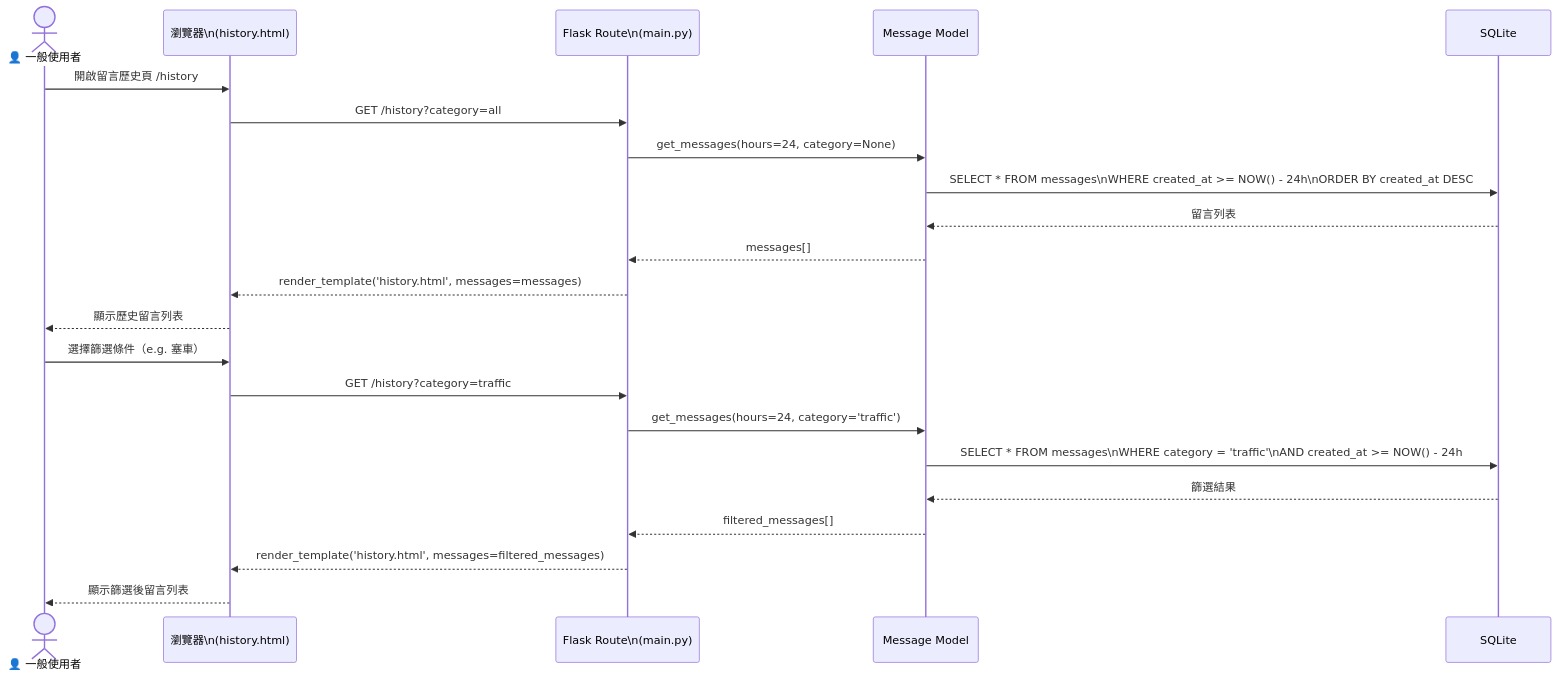
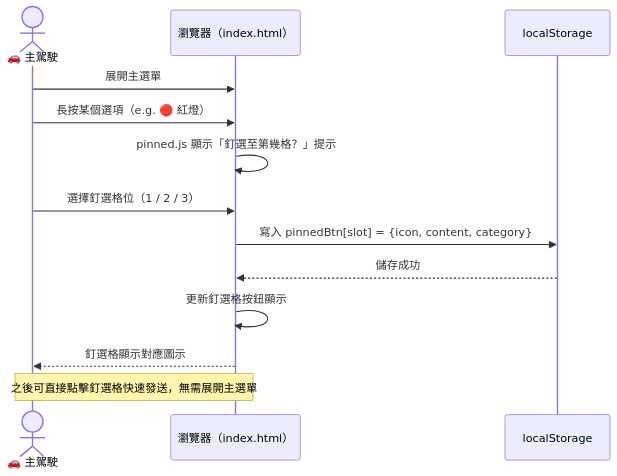
The fourth of 6 diagrams in docs/FLOWCHART.md (Nancy0200/google-map), drawn with Mermaid before and after one commit. The commit also changed other lines of this file and 2 other files, not shown here.

Commit message:
docs: revise architecture to single-page layout with quick buttons

````diff
--- a/docs/FLOWCHART.md
+++ b/docs/FLOWCHART.md
@@ -122,26 +121,19 @@
 ```mermaid
 sequenceDiagram
-    actor User as 👤 一般使用者
-    participant Browser as 瀏覽器\n(history.html)
-    participant Flask as Flask Route\n(main.py)
-    participant Model as Message Model
-    participant DB as SQLite
+    actor Driver as 🚗 主駕駛
+    participant Browser as 瀏覽器（index.html）
+    participant LS as localStorage
 
-    User->>Browser: 開啟留言歷史頁 /history
-    Browser->>Flask: GET /history?category=all
-    Flask->>Model: get_messages(hours=24, category=None)
-    Model->>DB: SELECT * FROM messages\nWHERE created_at >= NOW() - 24h\nORDER BY created_at DESC
-    DB-->>Model: 留言列表
-    Model-->>Flask: messages[]
-    Flask-->>Browser: render_template('history.html', messages=messages)
-    Browser-->>User: 顯示歷史留言列表
+    Driver->>Browser: 展開主選單
+    Driver->>Browser: 長按某個選項（e.g. 🔴 紅燈）
 
-    User->>Browser: 選擇篩選條件（e.g. 塞車）
-    Browser->>Flask: GET /history?category=traffic
-    Flask->>Model: get_messages(hours=24, category='traffic')
-    Model->>DB: SELECT * FROM messages\nWHERE category = 'traffic'\nAND created_at >= NOW() - 24h
-    DB-->>Model: 篩選結果
-    Model-->>Flask: filtered_messages[]
-    Flask-->>Browser: render_template('history.html', messages=filtered_messages)
-    Browser-->>User: 顯示篩選後留言列表
+    Browser->>Browser: pinned.js 顯示「釘選至第幾格？」提示
+    Driver->>Browser: 選擇釘選格位（1 / 2 / 3）
+
+    Browser->>LS: 寫入 pinnedBtn[slot] = {icon, content, category}
+    LS-->>Browser: 儲存成功
+    Browser->>Browser: 更新釘選格按鈕顯示
+    Browser-->>Driver: 釘選格顯示對應圖示
+
+    Note over Driver,Browser: 之後可直接點擊釘選格快速發送，無需展開主選單
 ```
````
